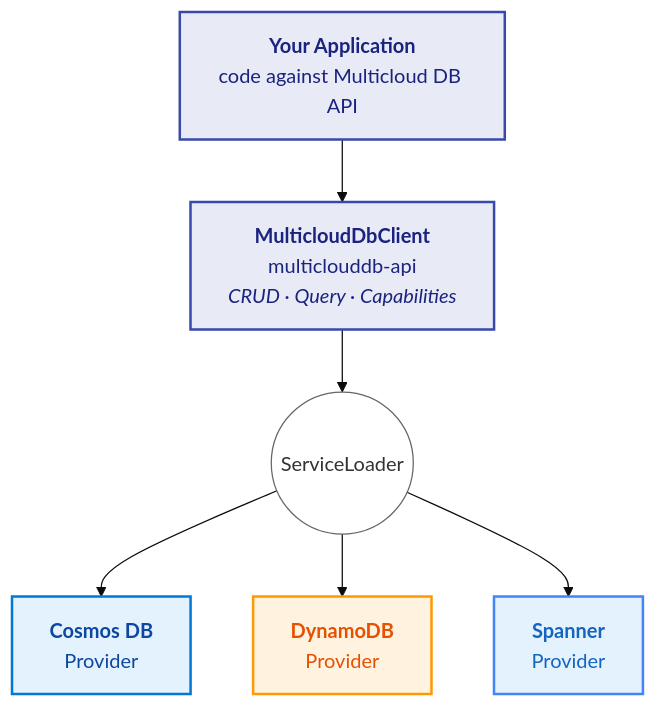
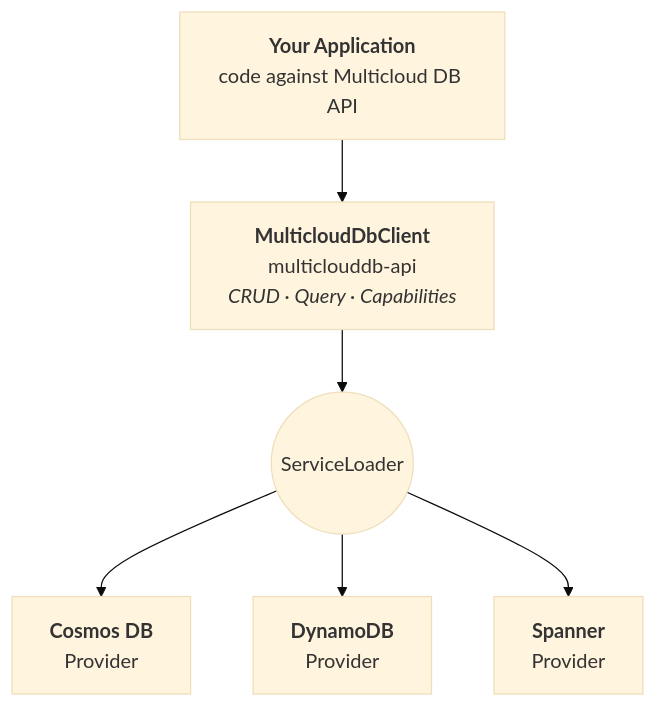
Before and after one commit to microsoft/multiclouddb-sdk-for-java: the diagram in docs/index.md, drawn with Mermaid (base theme). The commit also changed 2 other files, not shown here.

Commit message:
fix: remove hardcoded Mermaid diagram colors for dark mode support
Remove inline style directives from all 3 Mermaid diagrams (index.md,
todo-app.md, risk-platform.md). MkDocs Material auto-themes Mermaid
diagrams for both light and dark mode when no inline styles are present.

````diff
--- a/docs/index.md
+++ b/docs/index.md
@@ -123,22 +123,15 @@
 ```mermaid
 graph TD
     APP["<b>Your Application</b><br/>code against Multicloud DB API"]
     API["<b>MulticloudDbClient</b><br/>multiclouddb-api<br/><i>CRUD · Query · Capabilities</i>"]
     SL(("ServiceLoader"))
     COSMOS["<b>Cosmos DB</b><br/>Provider"]
     DYNAMO["<b>DynamoDB</b><br/>Provider"]
     SPANNER["<b>Spanner</b><br/>Provider"]
 
     APP --> API
     API --> SL
     SL --> COSMOS
     SL --> DYNAMO
     SL --> SPANNER
-
-    style APP fill:#e8eaf6,stroke:#3949ab,stroke-width:2px,color:#1a237e
-    style API fill:#e8eaf6,stroke:#3949ab,stroke-width:2px,color:#1a237e
-    style SL fill:#fff,stroke:#666,stroke-width:1px,color:#333
-    style COSMOS fill:#e3f2fd,stroke:#0078d4,stroke-width:2px,color:#0d47a1
-    style DYNAMO fill:#fff3e0,stroke:#ff9900,stroke-width:2px,color:#e65100
-    style SPANNER fill:#e3f2fd,stroke:#4285f4,stroke-width:2px,color:#1565c0
 ```
````
